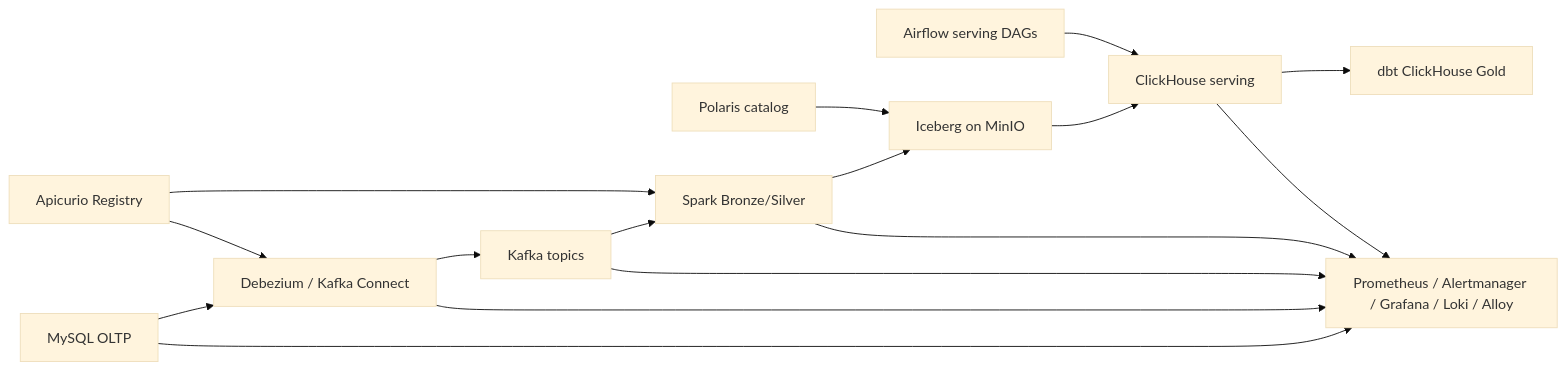
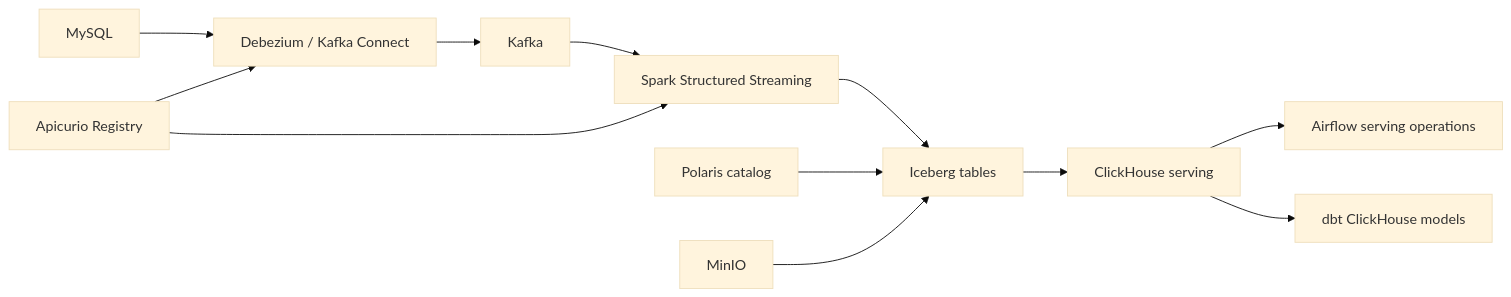
The first of 4 diagrams in docs/diagrams.md (evgenii-karpov/olist-mds), drawn with Mermaid (base theme) before and after one commit. The commit also changed other lines of this file and 106 other files, not shown here.

````diff
--- a/docs/diagrams.md
+++ b/docs/diagrams.md
@@ -5,30 +5,14 @@
 ```mermaid
 flowchart LR
-    mysql["MySQL OLTP"]
-    connect["Debezium / Kafka Connect"]
-    kafka["Kafka topics"]
-    registry["Apicurio Registry"]
-    spark["Spark Bronze/Silver"]
-    storage["Iceberg on MinIO"]
-    polaris["Polaris catalog"]
-    serving["ClickHouse serving"]
-    airflow["Airflow serving DAGs"]
-    dbt["dbt ClickHouse Gold"]
-    obs["Prometheus / Alertmanager / Grafana / Loki / Alloy"]
-
-    mysql --> connect
-    connect --> kafka
-    registry --> connect
+    mysql["MySQL"] --> connect["Debezium / Kafka Connect"]
+    connect --> kafka["Kafka"]
+    registry["Apicurio Registry"] --> connect
+    registry --> spark["Spark Structured Streaming"]
     kafka --> spark
-    registry --> spark
-    spark --> storage
-    polaris --> storage
-    storage --> serving
-    airflow --> serving
-    serving --> dbt
-    mysql --> obs
-    connect --> obs
-    kafka --> obs
-    spark --> obs
-    serving --> obs
+    spark --> iceberg["Iceberg tables"]
+    polaris["Polaris catalog"] --> iceberg
+    minio["MinIO"] --> iceberg
+    iceberg --> clickhouse["ClickHouse serving"]
+    clickhouse --> airflow["Airflow serving operations"]
+    clickhouse --> dbt["dbt ClickHouse models"]
 ```
````
